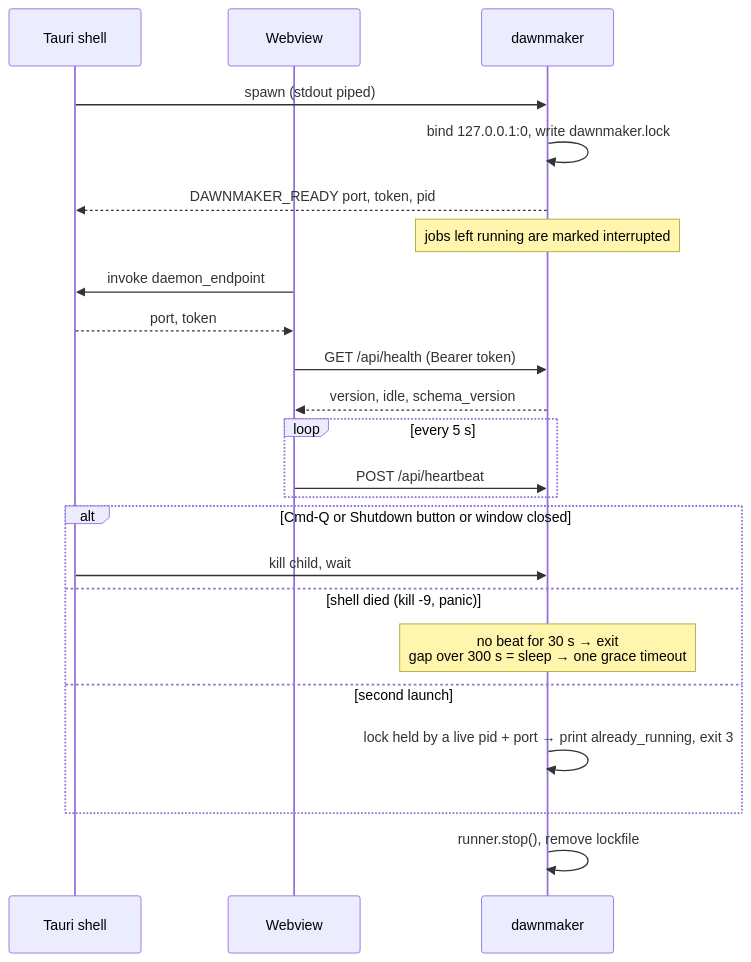
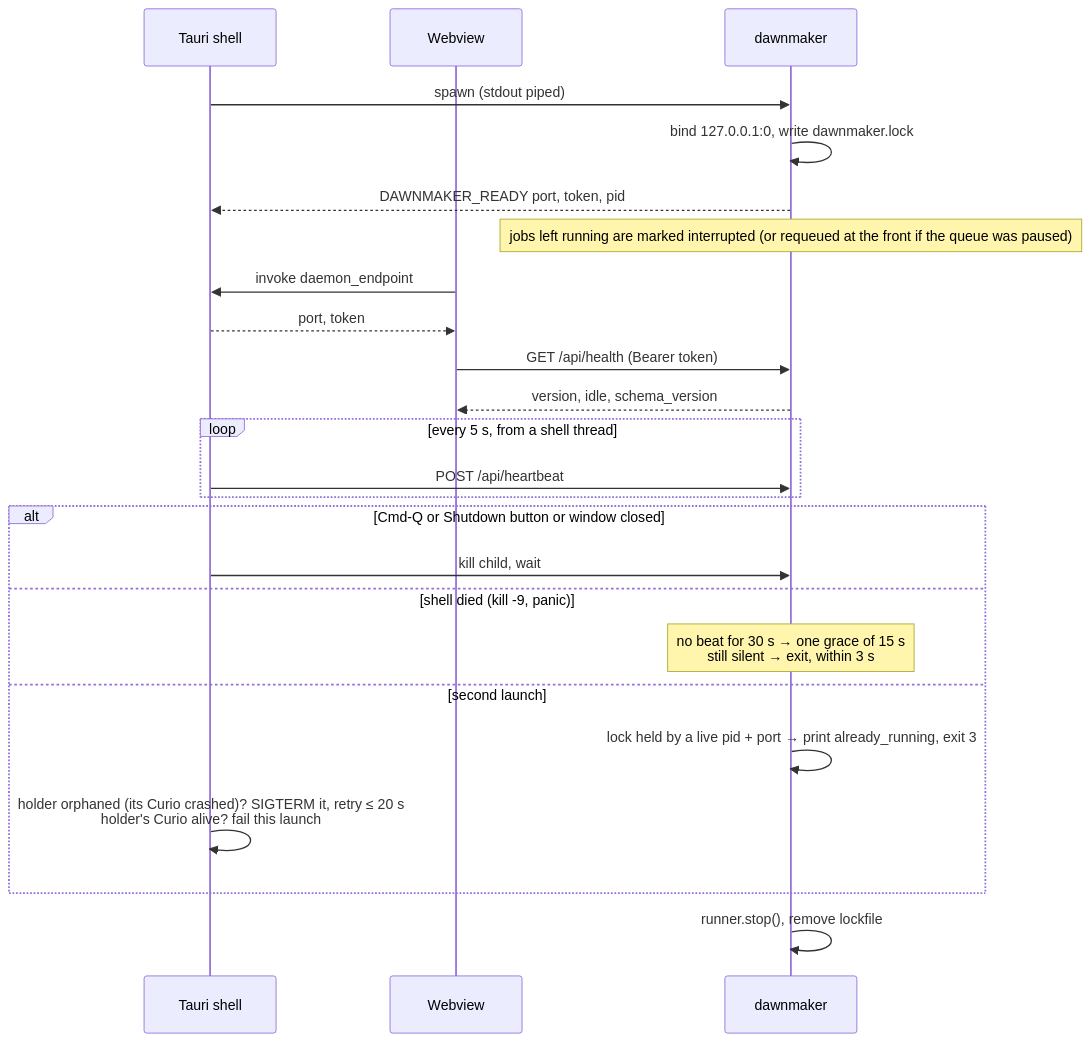
Before and after one commit to luissebastian953/flame-chaser: the second of 15 diagrams in docs/flows.md, drawn with Mermaid. The commit also changed other lines of this file and 194 other files, not shown here.

````diff
--- a/docs/flows.md
+++ b/docs/flows.md
@@ -75,25 +83,26 @@
 ```mermaid
 sequenceDiagram
   participant S as Tauri shell
   participant W as Webview
   participant D as dawnmaker
   S->>D: spawn (stdout piped)
   D->>D: bind 127.0.0.1:0, write dawnmaker.lock
   D-->>S: DAWNMAKER_READY port, token, pid
-  Note over D: jobs left running are marked interrupted
+  Note over D: jobs left running are marked interrupted (or requeued at the front if the queue was paused)
   W->>S: invoke daemon_endpoint
   S-->>W: port, token
   W->>D: GET /api/health (Bearer token)
   D-->>W: version, idle, schema_version
-  loop every 5 s
-    W->>D: POST /api/heartbeat
+  loop every 5 s, from a shell thread
+    S->>D: POST /api/heartbeat
   end
   alt Cmd-Q or Shutdown button or window closed
     S->>D: kill child, wait
   else shell died (kill -9, panic)
-    Note over D: no beat for 30 s → exit<br/>gap over 300 s = sleep → one grace timeout
+    Note over D: no beat for 30 s → one grace of 15 s<br/>still silent → exit, within 3 s
   else second launch
     D->>D: lock held by a live pid + port → print already_running, exit 3
+    S->>S: holder orphaned (its Curio crashed)? SIGTERM it, retry ≤ 20 s<br/>holder's Curio alive? fail this launch
   end
   D->>D: runner.stop(), remove lockfile
 ```
````
